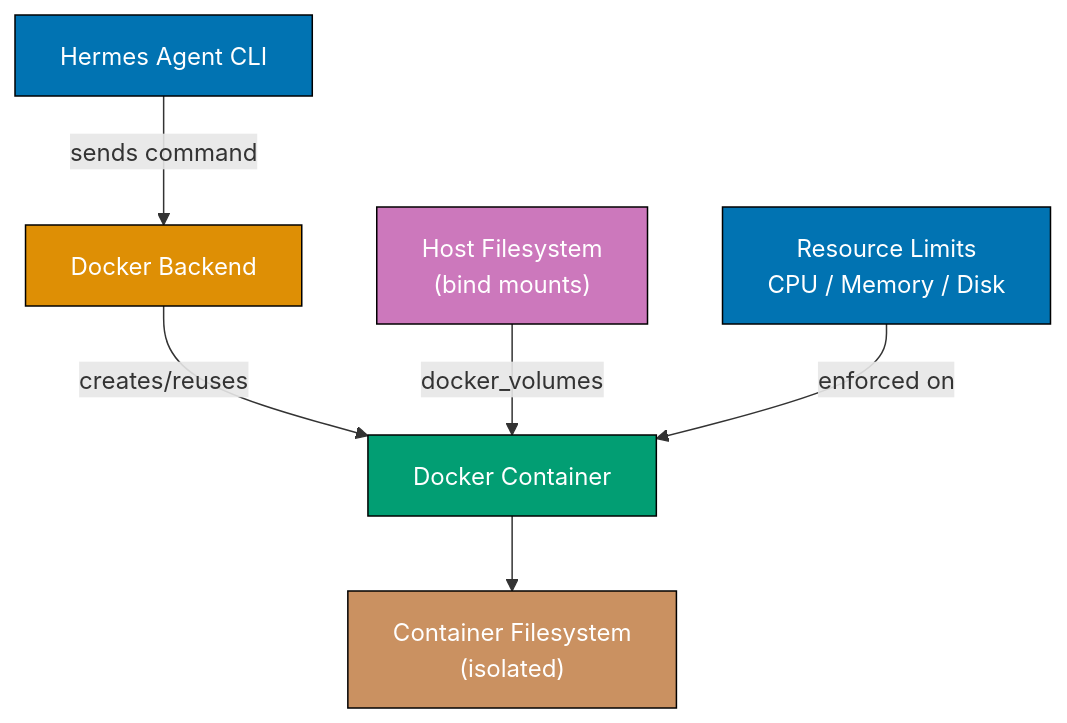
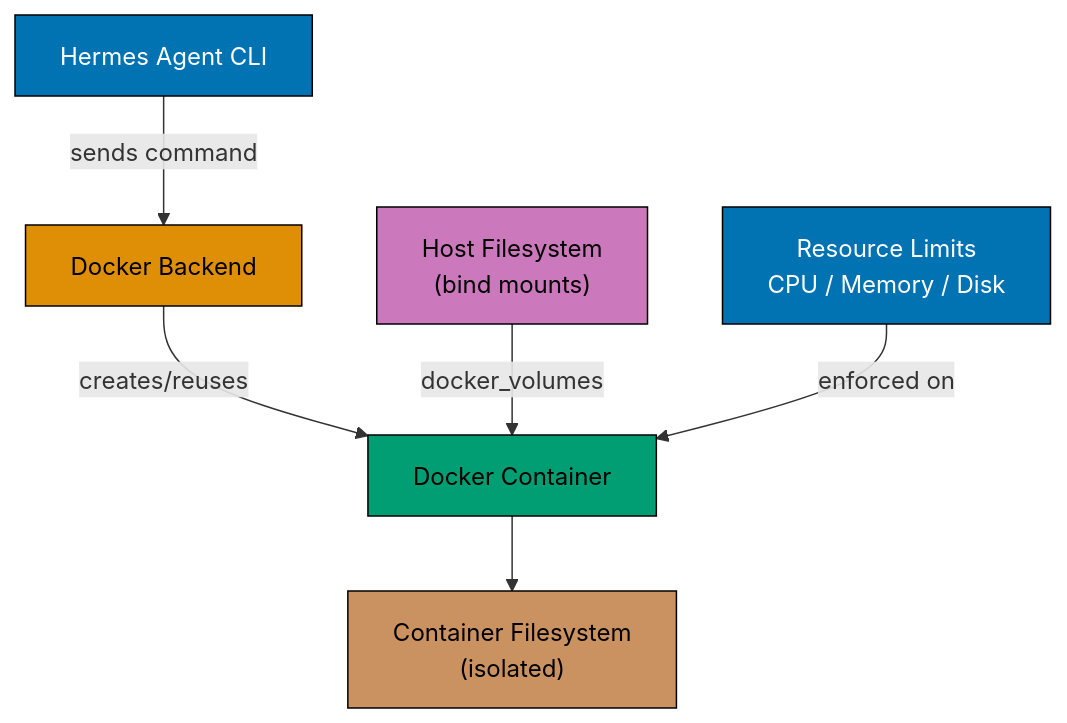
The first of 14 diagrams in apps/ayokoding-www/content/en/learn/legacy/artificial-intelligence/tools/hermes-agent/by-example/advanced.md (wahidyankf/ose-public), drawn with Mermaid before and after one commit. The commit also changed other lines of this file and 50 other files, not shown here.

First line of the commit message:
fix(mermaid): bring the docs, governance, plans, and legacy AI diagrams onto the accessible palette

````diff
--- a/apps/ayokoding-www/content/en/learn/legacy/artificial-intelligence/tools/hermes-agent/by-example/advanced.md
+++ b/apps/ayokoding-www/content/en/learn/legacy/artificial-intelligence/tools/hermes-agent/by-example/advanced.md
@@ -18,23 +18,31 @@
 ```mermaid
 %% Color Palette: Blue #0173B2, Orange #DE8F05, Teal #029E73, Purple #CC78BC, Brown #CA9161
 graph TD
+    accTitle: Example 55: Docker Terminal Backend
+    accDescr: Graph with 6 nodes and 5 connections. Nodes: Hermes Agent CLI, Docker Backend, Docker Container, Host Filesystem (bind mounts), Container Filesystem (isolated), Resource Limits CPU / Memory / Disk. Connections: Hermes Agent CLI to Docker Backend (sends command), Docker Backend to Docker Container (creates/reuses), Docker Container to Container Filesystem (isolated), Host Filesystem (bind mounts) to Docker Container (docker_volumes), Resource Limits CPU / Memory / Disk to Docker Container (enforced on).
     A["Hermes Agent CLI"]
     B["Docker Backend"]
     C["Docker Container"]
     D["Host Filesystem<br/>(bind mounts)"]
     E["Container Filesystem<br/>(isolated)"]
     F["Resource Limits<br/>CPU / Memory / Disk"]
 
     A -->|"sends command"| B
     B -->|"creates/reuses"| C
     C --> E
     D -->|"docker_volumes"| C
     F -->|"enforced on"| C
 
-    style A fill:#0173B2,stroke:#000,color:#fff
-    style B fill:#DE8F05,stroke:#000,color:#fff
-    style C fill:#029E73,stroke:#000,color:#fff
-    style D fill:#CC78BC,stroke:#000,color:#fff
-    style E fill:#CA9161,stroke:#000,color:#fff
-    style F fill:#0173B2,stroke:#000,color:#fff
+    classDef pal-0173B2 fill:#0173B2,stroke:#000000,color:#FFFFFF
+    class A pal-0173B2
+    classDef pal-DE8F05 fill:#DE8F05,stroke:#000000,color:#000000
+    class B pal-DE8F05
+    classDef pal-029E73 fill:#029E73,stroke:#000000,color:#000000
+    class C pal-029E73
+    classDef pal-CC78BC fill:#CC78BC,stroke:#000000,color:#000000
+    class D pal-CC78BC
+    classDef pal-CA9161 fill:#CA9161,stroke:#000000,color:#000000
+    class E pal-CA9161
+    class F pal-0173B2
+    classDef default fill:#FFFFFF,stroke:#000000,color:#000000
 ```
````
